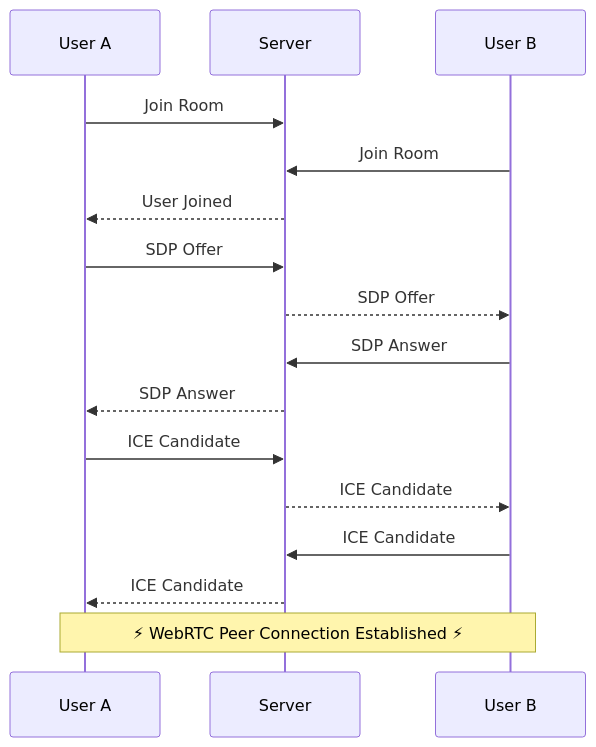
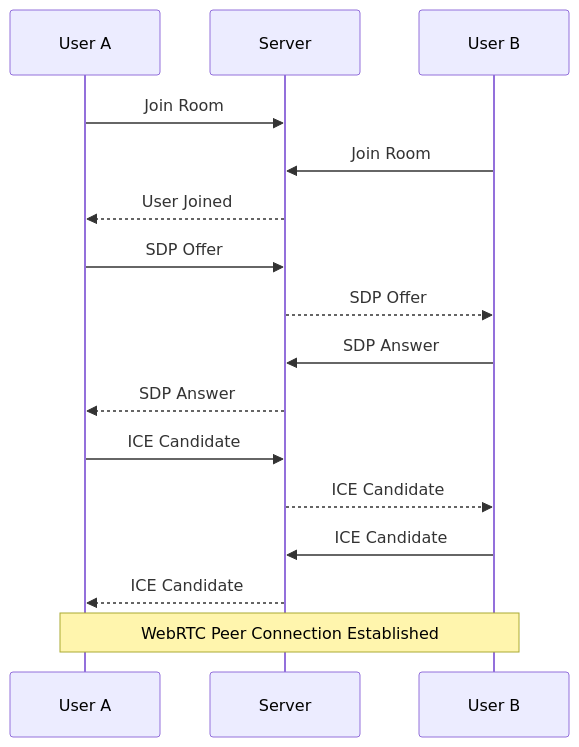
The second of 2 diagrams in README.md (UBX-CODE/MeetFlow), drawn with Mermaid before and after one commit. The commit also changed other lines of this file, not shown here.

````diff
--- a/README.md
+++ b/README.md
@@ -87,19 +86,19 @@
 ```mermaid
 sequenceDiagram
     participant User A
     participant Server
     participant User B
 
     User A->>Server: Join Room
     User B->>Server: Join Room
     Server-->>User A: User Joined
     User A->>Server: SDP Offer
     Server-->>User B: SDP Offer
     User B->>Server: SDP Answer
     Server-->>User A: SDP Answer
     User A->>Server: ICE Candidate
     Server-->>User B: ICE Candidate
     User B->>Server: ICE Candidate
     Server-->>User A: ICE Candidate
-    Note over User A,User B: ⚡ WebRTC Peer Connection Established ⚡
+    Note over User A,User B:  WebRTC Peer Connection Established 
 ```
````
